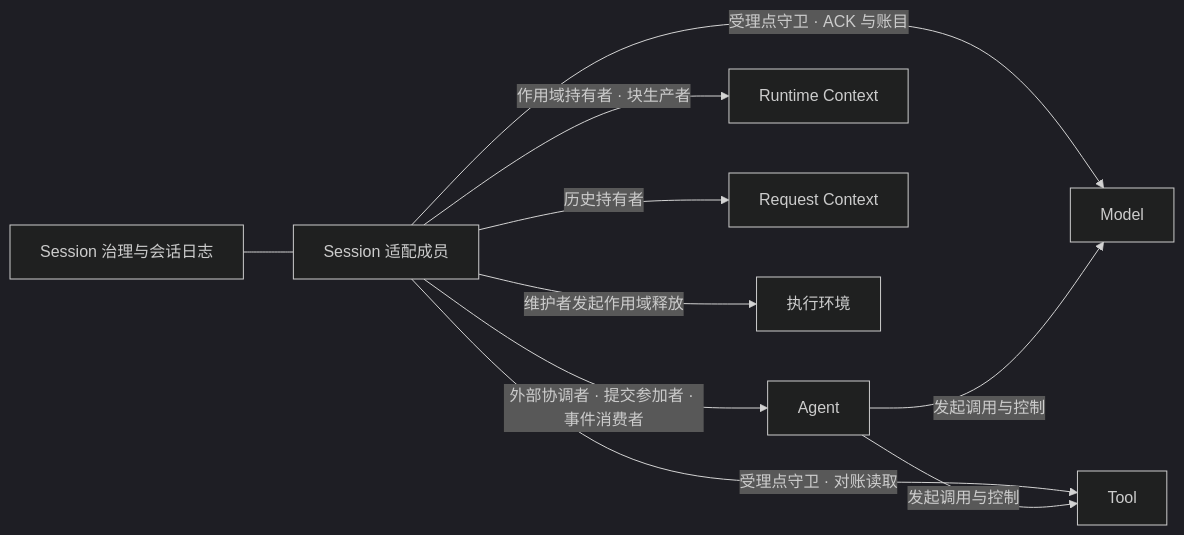
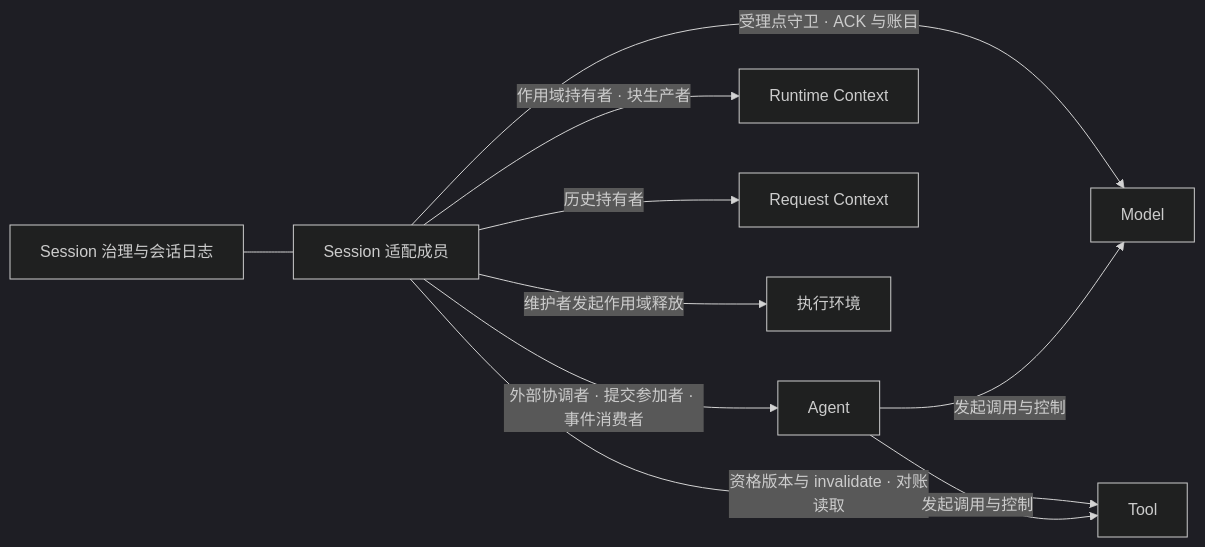
The first of 9 diagrams in docs/architecture/runtime/session-and-run.md (nemori-ai/omne-harness-lite), drawn with Mermaid (dark theme) before and after one commit. The commit also changed other lines of this file and 12 other files, not shown here.

````diff
--- a/docs/architecture/runtime/session-and-run.md
+++ b/docs/architecture/runtime/session-and-run.md
@@ -44,12 +44,12 @@
 ```mermaid
 flowchart LR
     Gov[Session 治理与会话日志] --- Adapters[Session 适配成员]
     Adapters -->|外部协调者 · 提交参加者 · 事件消费者| Agent[Agent]
     Adapters -->|受理点守卫 · ACK 与账目| Model[Model]
-    Adapters -->|受理点守卫 · 对账读取| Tool[Tool]
+    Adapters -->|资格版本与 invalidate · 对账读取| Tool[Tool]
     Adapters -->|作用域持有者 · 块生产者| RC[Runtime Context]
     Adapters -->|历史持有者| RQ[Request Context]
     Adapters -->|维护者发起作用域释放| EE[执行环境]
     Agent -->|发起调用与控制| Model
     Agent -->|发起调用与控制| Tool
 ```
````
